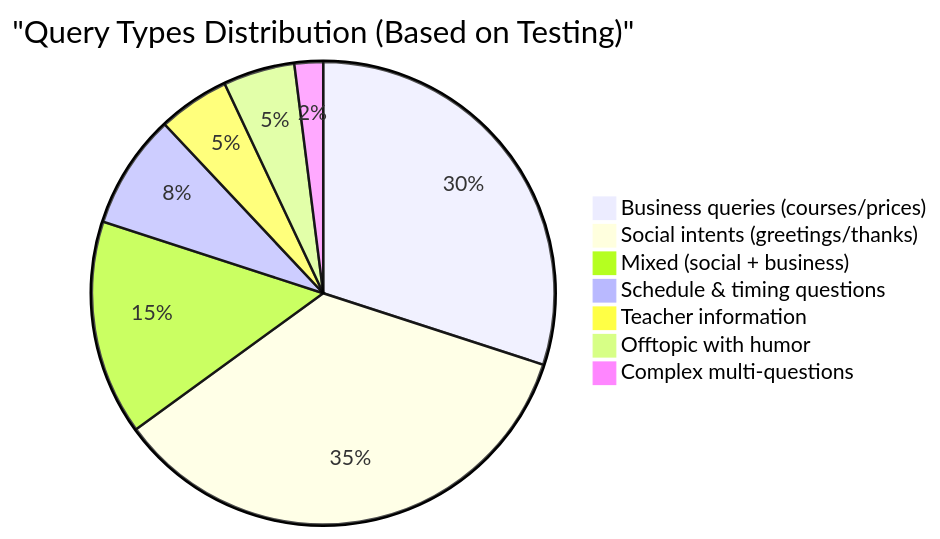
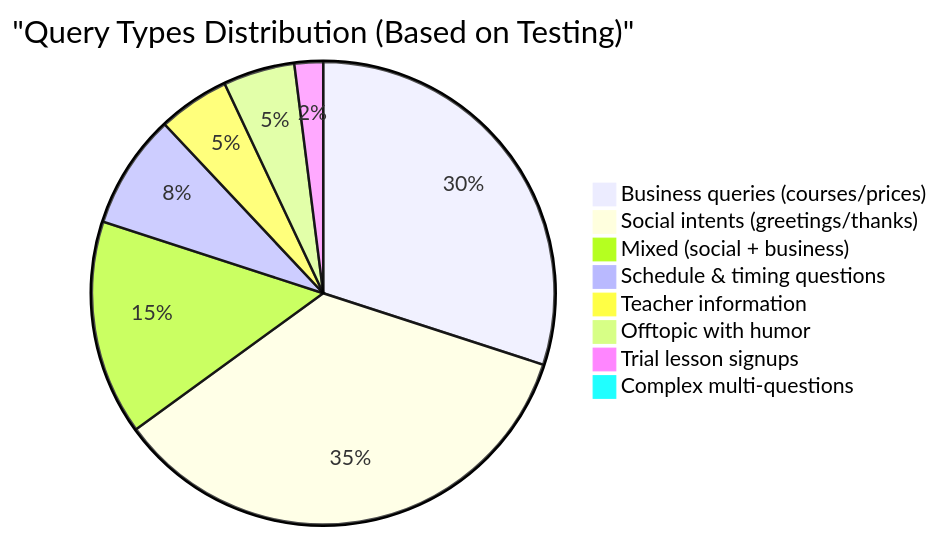
One commit to shao3d/Ukido_DynContInj changed the fourth of 5 diagrams in README.md. Above: the diagram before and after it, drawn with Mermaid. The commit also changed other lines of this file, not shown here.

````diff
--- a/README.md
+++ b/README.md
@@ -267,10 +339,11 @@
 ```mermaid
 pie title "Query Types Distribution (Based on Testing)"
     "Business queries (courses/prices)" : 30
     "Social intents (greetings/thanks)" : 35
     "Mixed (social + business)" : 15
     "Schedule & timing questions" : 8
     "Teacher information" : 5
     "Offtopic with humor" : 5
-    "Complex multi-questions" : 2
+    "Trial lesson signups" : 2
+    "Complex multi-questions" : 0
 ```
````
